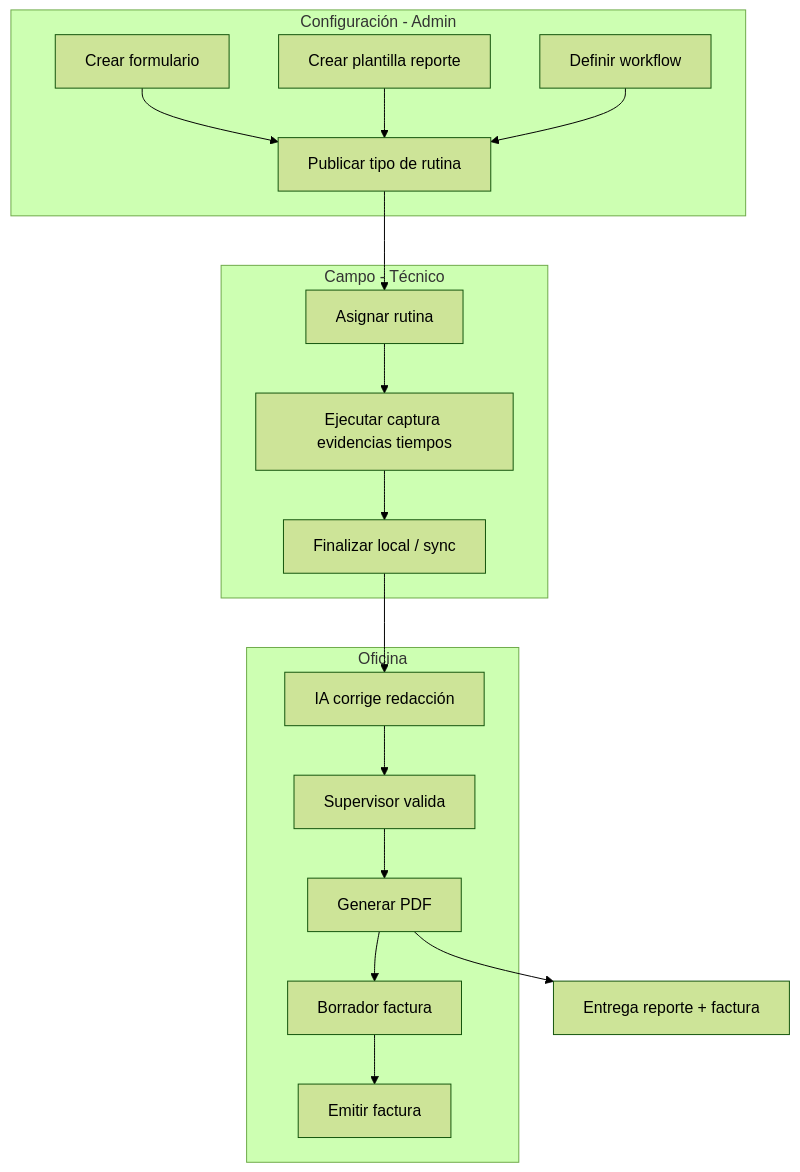
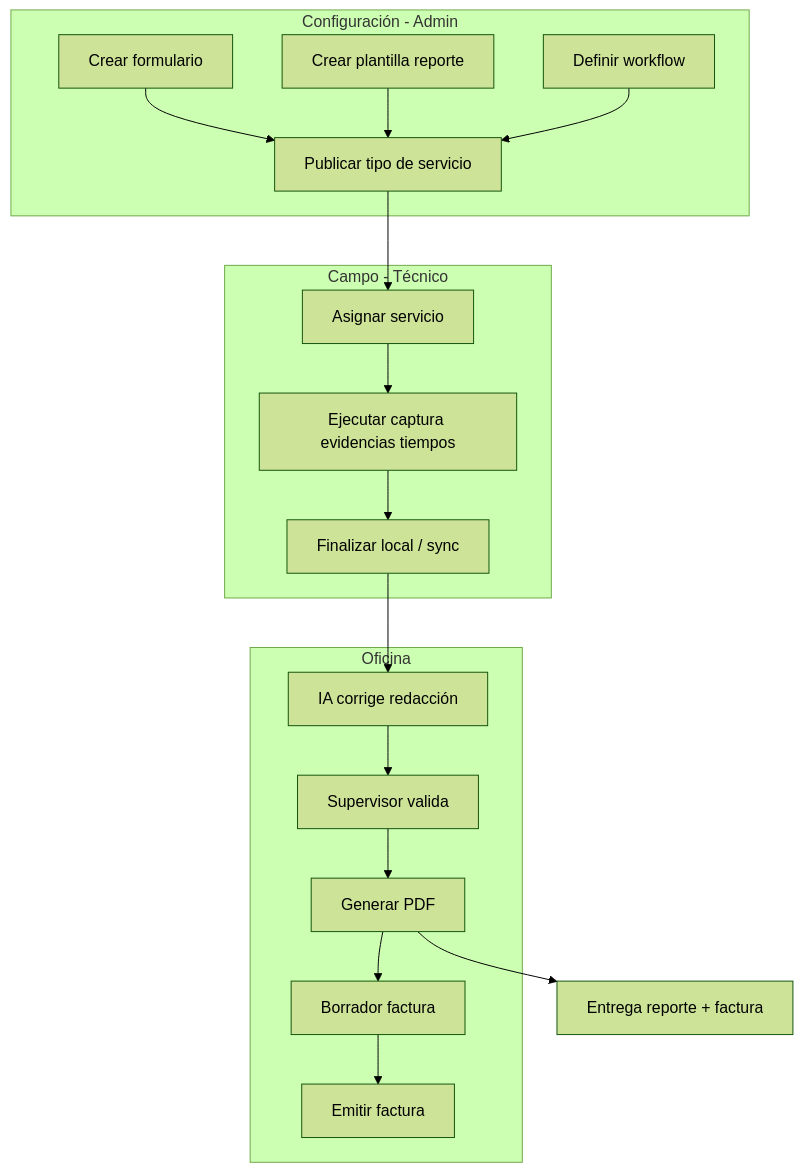
One commit to Adrian247/noah changed the diagram in openspec/diagrams/end-to-end-flow.md. Above: the diagram before and after it, drawn with Mermaid (forest theme). The commit also changed 279 other files, not shown here.

````diff
--- a/openspec/diagrams/end-to-end-flow.md
+++ b/openspec/diagrams/end-to-end-flow.md
@@ -5,32 +5,32 @@
 ```mermaid
 flowchart TD
   subgraph config [Configuración - Admin]
     A1[Crear formulario]
     A2[Crear plantilla reporte]
     A3[Definir workflow]
-    A4[Publicar tipo de rutina]
+    A4[Publicar tipo de servicio]
     A1 --> A4
     A2 --> A4
     A3 --> A4
   end
 
   subgraph field [Campo - Técnico]
-    B1[Asignar rutina]
+    B1[Asignar servicio]
     B2[Ejecutar captura evidencias tiempos]
     B3[Finalizar local / sync]
     B1 --> B2 --> B3
   end
 
   subgraph office [Oficina]
     C1[IA corrige redacción]
     C2[Supervisor valida]
     C3[Generar PDF]
     C4[Borrador factura]
     C5[Emitir factura]
     C1 --> C2 --> C3 --> C4 --> C5
   end
 
   A4 --> B1
   B3 --> C1
   C3 --> ENT[Entrega reporte + factura]
 ```
````
